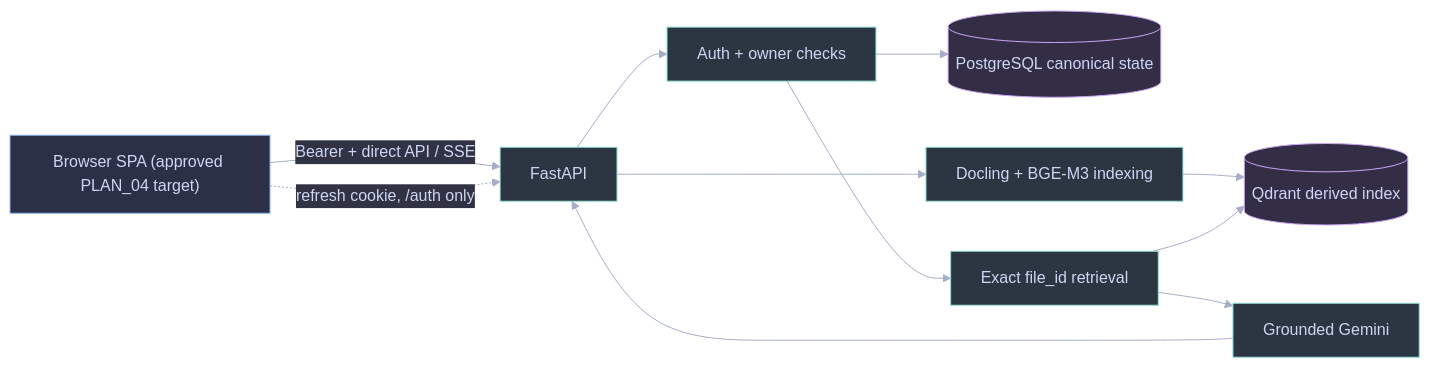
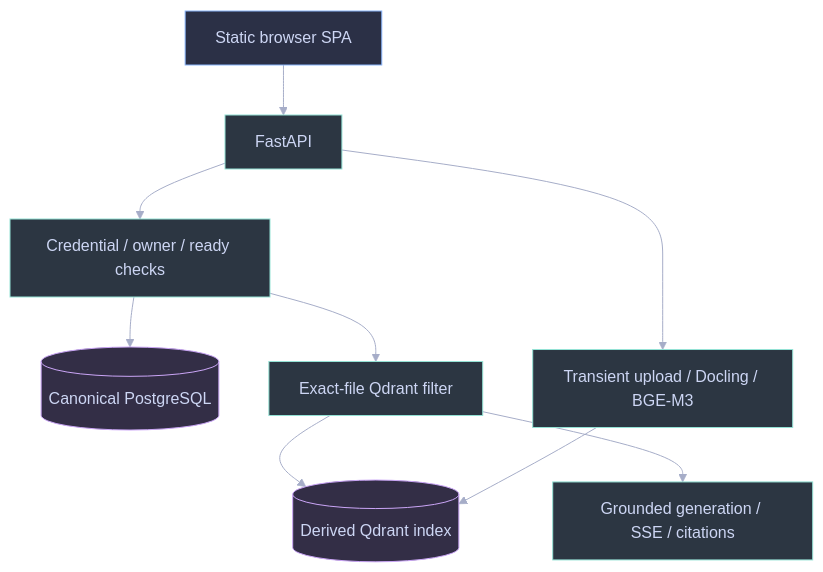
The fourth of 7 diagrams in AGENTS.md (RyxnDmello/atlas), drawn with Mermaid before and after one commit. The commit also changed other lines of this file and 23 other files, not shown here.

````diff
--- a/AGENTS.md
+++ b/AGENTS.md
@@ -354,24 +361,22 @@
 ```mermaid
 %%{init: {'theme': 'base', 'themeVariables': {'background': '#1e1e2e', 'primaryColor': '#45475a', 'primaryTextColor': '#cdd6f4', 'primaryBorderColor': '#89b4fa', 'lineColor': '#a6adc8', 'secondaryColor': '#313244', 'tertiaryColor': '#181825', 'fontFamily': 'Inter, sans-serif'}}}%%
-flowchart LR
-    Client["Browser SPA (approved PLAN_04 target)"] -->|"Bearer + direct API / SSE"| API["FastAPI"]
-    Client -.->|"refresh cookie, /auth only"| API
-    API --> Auth["Auth + owner checks"]
-    Auth --> PG[("PostgreSQL canonical state")]
-    API --> Ingest["Docling + BGE-M3 indexing"]
-    Ingest --> Q[("Qdrant derived index")]
-    Auth --> Retrieve["Exact file_id retrieval"]
-    Retrieve --> Q
-    Retrieve --> LLM["Grounded Gemini"]
-    LLM --> API
+flowchart TD
+    Client["Static browser SPA"] --> API["FastAPI"]
+    API --> Auth["Credential / owner / ready checks"]
+    Auth --> PG[("Canonical PostgreSQL")]
+    Auth --> Retrieve["Exact-file Qdrant filter"]
+    Retrieve --> Q[("Derived Qdrant index")]
+    Retrieve --> LLM["Grounded generation / SSE / citations"]
+    API --> Ingest["Transient upload / Docling / BGE-M3"]
+    Ingest --> Q
     class Client client;
     class API,Auth,Ingest,Retrieve,LLM service;
     class PG,Q storage;
     classDef client fill:#2b3046,stroke:#89b4fa,stroke-width:1px,color:#cdd6f4;
     classDef service fill:#2c3642,stroke:#94e2d5,stroke-width:1px,color:#cdd6f4;
     classDef storage fill:#332e46,stroke:#cba6f7,stroke-width:1px,color:#cdd6f4;
     classDef verified fill:#2e363c,stroke:#a6e3a1,stroke-width:1px,color:#cdd6f4;
     classDef planned fill:#30323f,stroke:#b4befe,stroke-width:1px,color:#cdd6f4;
     classDef caution fill:#38362e,stroke:#f9e2af,stroke-width:1px,color:#cdd6f4;
     classDef denied fill:#39303d,stroke:#f38ba8,stroke-width:1px,color:#cdd6f4;
 ```
````
